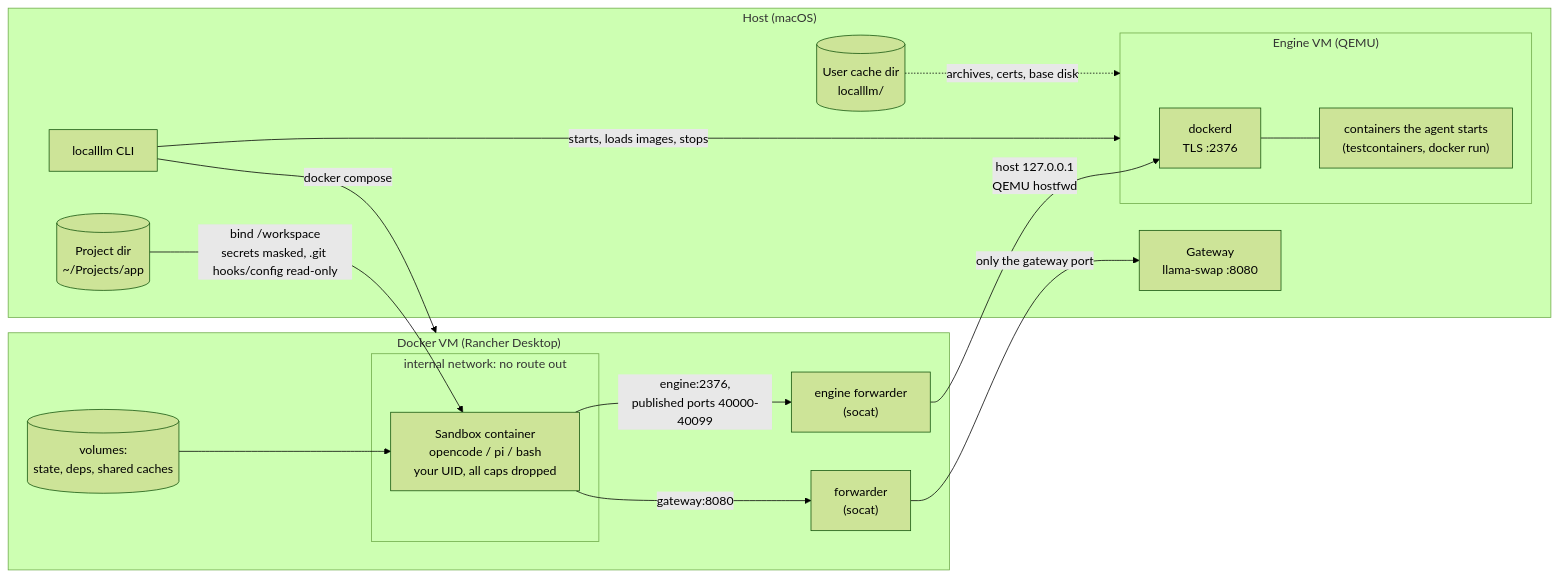
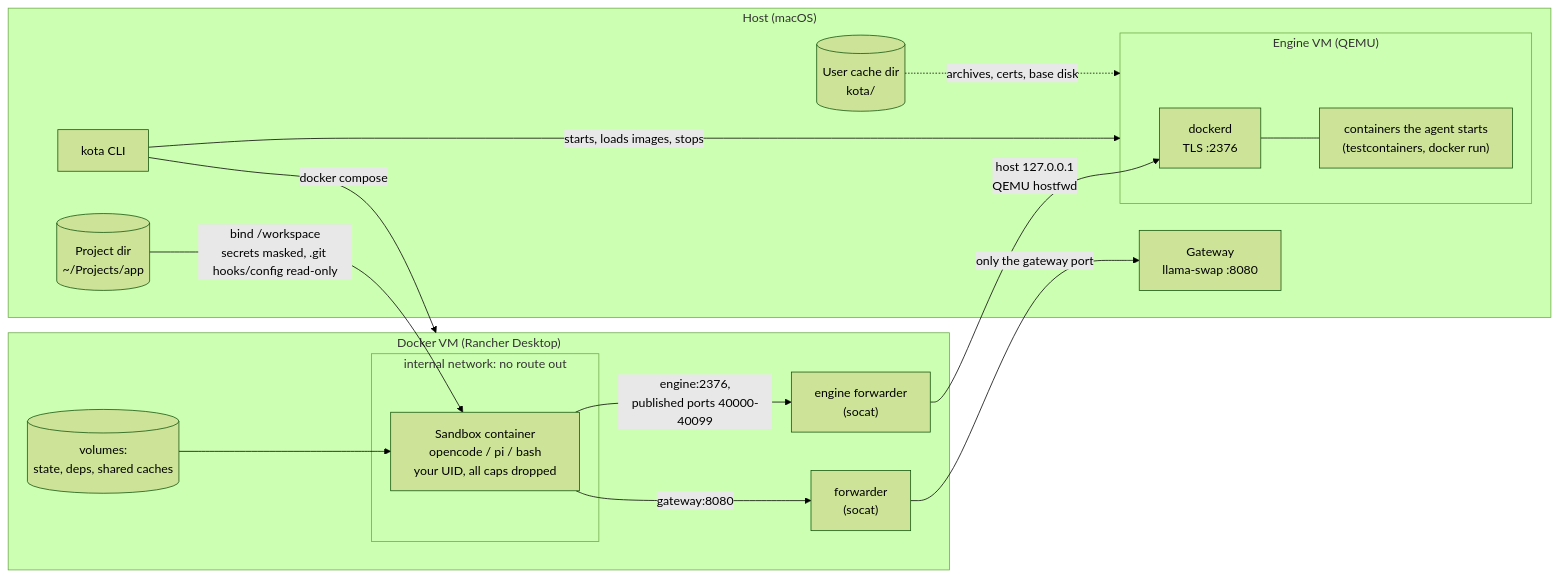
The first of 5 diagrams in docs/architecture.md (cyky/kota), drawn with Mermaid (forest theme) before and after one commit. The commit also changed other lines of this file and 65 other files, not shown here.

````diff
--- a/docs/architecture.md
+++ b/docs/architecture.md
@@ -9,31 +9,31 @@
 ```mermaid
 flowchart LR
     subgraph host["Host (macOS)"]
-        cli["localllm CLI"]
+        cli["kota CLI"]
         gw["Gateway<br/>llama-swap :8080"]
         project[("Project dir<br/>~/Projects/app")]
-        cache[("User cache dir<br/>localllm/")]
+        cache[("User cache dir<br/>kota/")]
         subgraph vm["Engine VM (QEMU)"]
             dockerd["dockerd<br/>TLS :2376"]
             ctrs["containers the agent starts<br/>(testcontainers, docker run)"]
         end
     end
 
     subgraph dvm["Docker VM (Rancher Desktop)"]
         subgraph internal["internal network: no route out"]
             sandbox["Sandbox container<br/>opencode / pi / bash<br/>your UID, all caps dropped"]
         end
         fwd["forwarder<br/>(socat)"]
         efwd["engine forwarder<br/>(socat)"]
         vols[("volumes:<br/>state, deps, shared caches")]
     end
 
     sandbox -- "gateway:8080" --> fwd -- "only the gateway port" --> gw
     sandbox -- "engine:2376,<br/>published ports 40000-40099" --> efwd -- "host 127.0.0.1<br/>QEMU hostfwd" --> dockerd
     dockerd --- ctrs
     project -- "bind /workspace<br/>secrets masked, .git hooks/config read-only" --> sandbox
     vols --> sandbox
     cli -- "docker compose" --> dvm
     cli -- "starts, loads images, stops" --> vm
     cache -. "archives, certs, base disk" .-> vm
 ```
````
